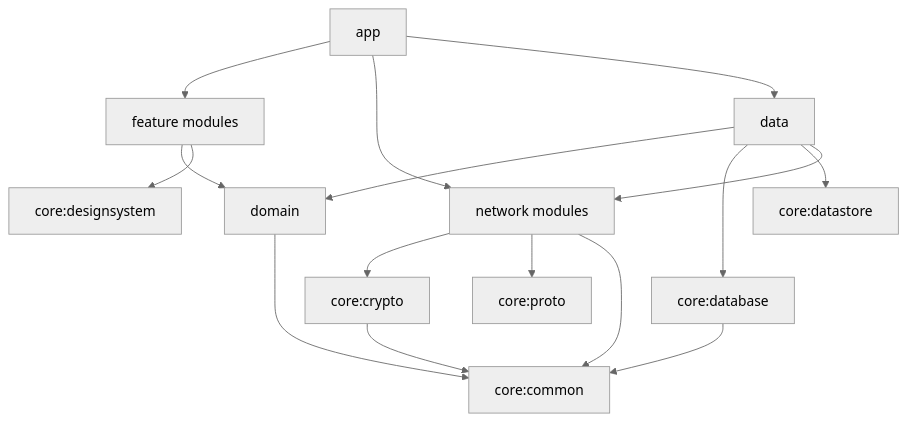
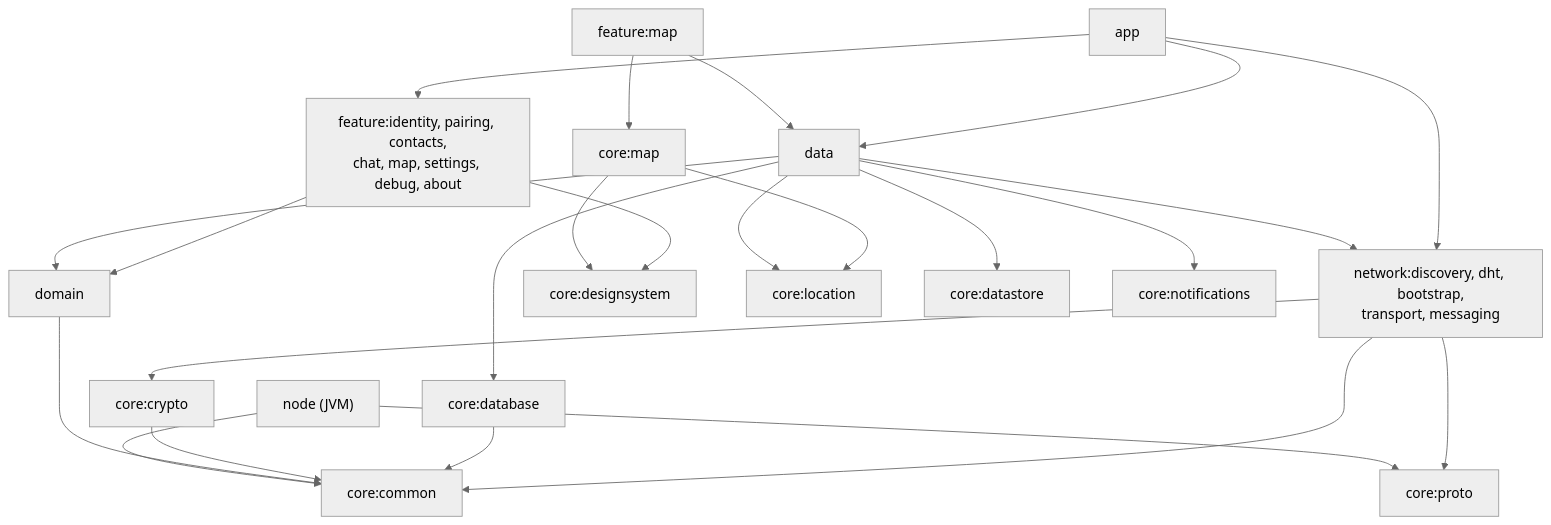
Before and after one commit to 0xAsghar/vMessenger: the third of 4 diagrams in docs/Architecture.md, drawn with Mermaid (neutral theme). The commit also changed other lines of this file and 68 other files, not shown here.

````diff
--- a/docs/Architecture.md
+++ b/docs/Architecture.md
@@ -165,18 +165,26 @@
 ```mermaid
 flowchart TD
-  app["app"] --> features["feature modules"]
-  app --> network["network modules"]
+  app["app"] --> features["feature:identity, pairing, contacts,<br/>chat, map, settings, debug, about"]
+  app --> network["network:discovery, dht, bootstrap,<br/>transport, messaging"]
   app --> coredata["data"]
   features --> domain["domain"]
   features --> designsystem["core:designsystem"]
+  featmap["feature:map"] --> coremap["core:map"]
+  featmap --> coredata
+  coremap --> designsystem
+  coremap --> corelocation["core:location"]
   coredata --> domain
   coredata --> database["core:database"]
   coredata --> datastore["core:datastore"]
+  coredata --> corelocation
+  coredata --> notifications["core:notifications"]
   coredata --> network
   network --> crypto["core:crypto"]
   network --> proto["core:proto"]
   network --> common["core:common"]
   database --> common
   crypto --> common
   domain --> common
+  node["node (JVM)"] --> proto
+  node --> common
 ```
````
